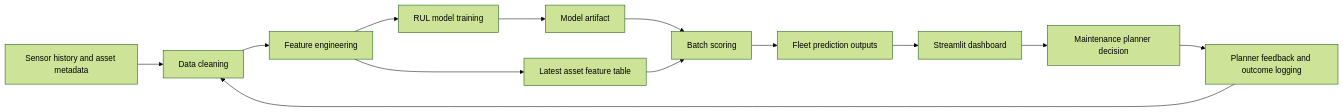
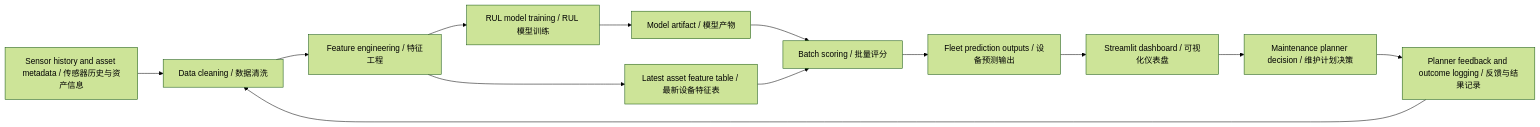
The diagram in docs/architecture.md (ZiruiWang2021/ai-predictive-maintenance-deployment-toolkit), drawn with Mermaid (forest theme) before and after one commit. The commit also changed other lines of this file and 14 other files, not shown here.

````diff
--- a/docs/architecture.md
+++ b/docs/architecture.md
@@ -3,15 +7,15 @@
 ```mermaid
 flowchart LR
-    A["Sensor history and asset metadata"] --> B["Data cleaning"]
-    B --> C["Feature engineering"]
-    C --> D["RUL model training"]
-    D --> E["Model artifact"]
-    C --> F["Latest asset feature table"]
-    E --> G["Batch scoring"]
+    A["Sensor history and asset metadata / 传感器历史与资产信息"] --> B["Data cleaning / 数据清洗"]
+    B --> C["Feature engineering / 特征工程"]
+    C --> D["RUL model training / RUL 模型训练"]
+    D --> E["Model artifact / 模型产物"]
+    C --> F["Latest asset feature table / 最新设备特征表"]
+    E --> G["Batch scoring / 批量评分"]
     F --> G
-    G --> H["Fleet prediction outputs"]
-    H --> I["Streamlit dashboard"]
-    I --> J["Maintenance planner decision"]
-    J --> K["Planner feedback and outcome logging"]
+    G --> H["Fleet prediction outputs / 设备预测输出"]
+    H --> I["Streamlit dashboard / 可视化仪表盘"]
+    I --> J["Maintenance planner decision / 维护计划决策"]
+    J --> K["Planner feedback and outcome logging / 反馈与结果记录"]
     K --> B
 ```
````
